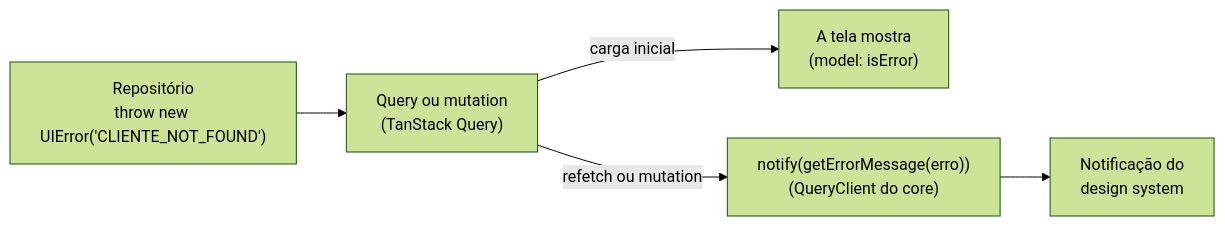
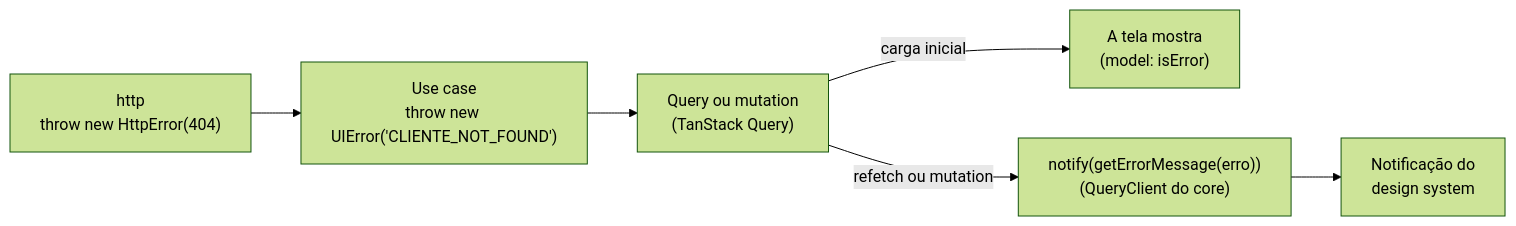
Before and after one commit to matizze/prumo: the diagram in docs/guides/errors-and-notifications.md, drawn with Mermaid (forest theme). The commit also changed other lines of this file and 23 other files, not shown here.

````diff
--- a/docs/guides/errors-and-notifications.md
+++ b/docs/guides/errors-and-notifications.md
@@ -7,7 +7,7 @@
 ```mermaid
 flowchart LR
-  repo["Repositório<br/>throw new UIError('CLIENTE_NOT_FOUND')"] --> query["Query ou mutation<br/>(TanStack Query)"]
+  http["http<br/>throw new HttpError(404)"] --> uc["Use case<br/>throw new UIError('CLIENTE_NOT_FOUND')"] --> query["Query ou mutation<br/>(TanStack Query)"]
   query -- "carga inicial" --> tela["A tela mostra<br/>(model: isError)"]
   query -- "refetch ou mutation" --> notify["notify(getErrorMessage(erro))<br/>(QueryClient do core)"]
   notify --> ds["Notificação do<br/>design system"]
 ```
````
